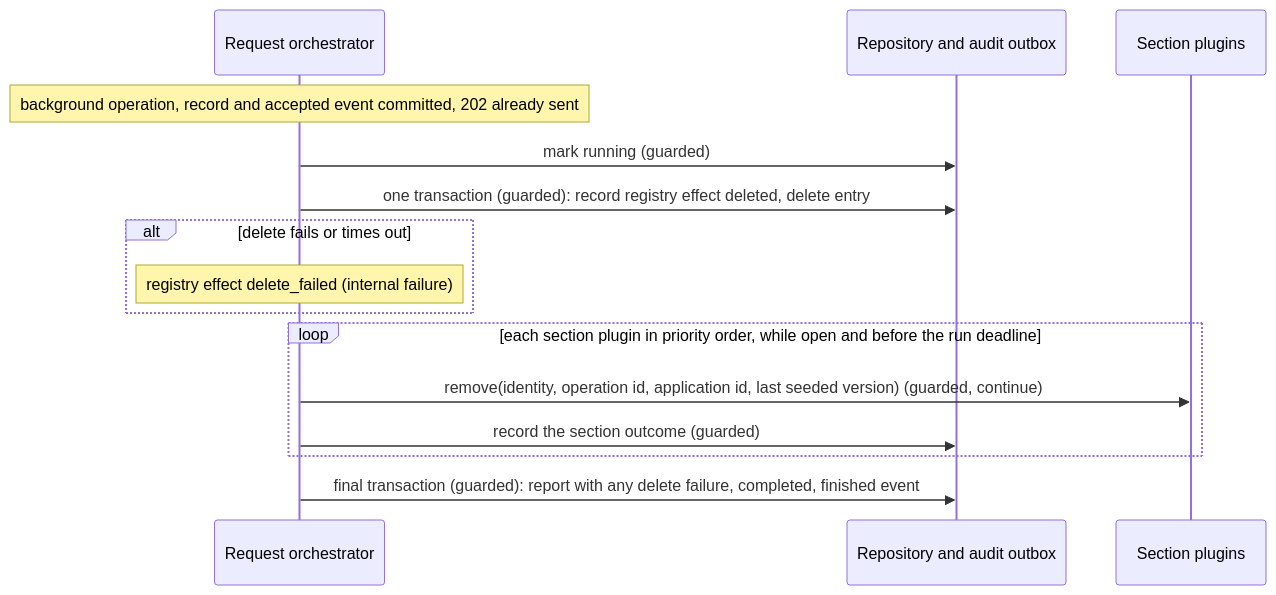
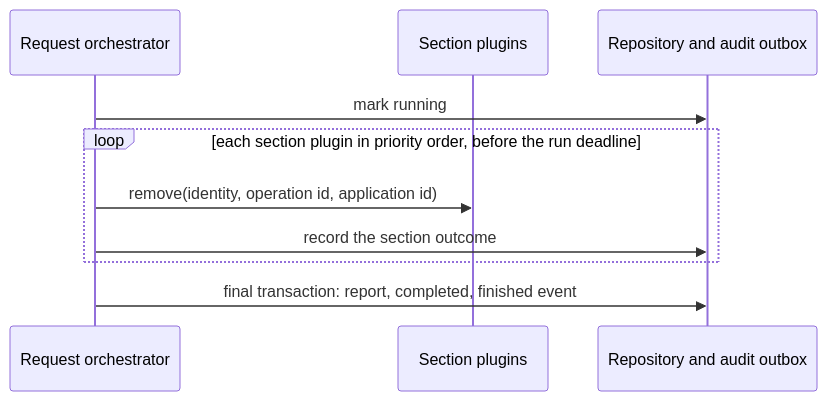
Before and after one commit to constructorfabric/gears-rust: the sixth of 7 diagrams in gears/system/application-manager/docs/DESIGN.md, drawn with Mermaid. The commit also changed other lines of this file and 8 other files, not shown here.

````diff
--- a/gears/system/application-manager/docs/DESIGN.md
+++ b/gears/system/application-manager/docs/DESIGN.md
@@ -1256,17 +778,12 @@
 ```mermaid
 sequenceDiagram
     participant O as Request orchestrator
+    participant P as Section plugins
     participant R as Repository and audit outbox
-    participant P as Section plugins
-    Note over O: background operation, record and accepted event committed, 202 already sent
-    O ->> R: mark running (guarded)
-    O ->> R: one transaction (guarded): record registry effect deleted, delete entry
-    alt delete fails or times out
-        Note over O: registry effect delete_failed (internal failure)
+    O ->> R: mark running
+    loop each section plugin in priority order, before the run deadline
+        O ->> P: remove(identity, operation id, application id)
+        O ->> R: record the section outcome
     end
-    loop each section plugin in priority order, while open and before the run deadline
-        O ->> P: remove(identity, operation id, application id, last seeded version) (guarded, continue)
-        O ->> R: record the section outcome (guarded)
-    end
-    O ->> R: final transaction (guarded): report with any delete failure, completed, finished event
+    O ->> R: final transaction: report, completed, finished event
 ```
````
